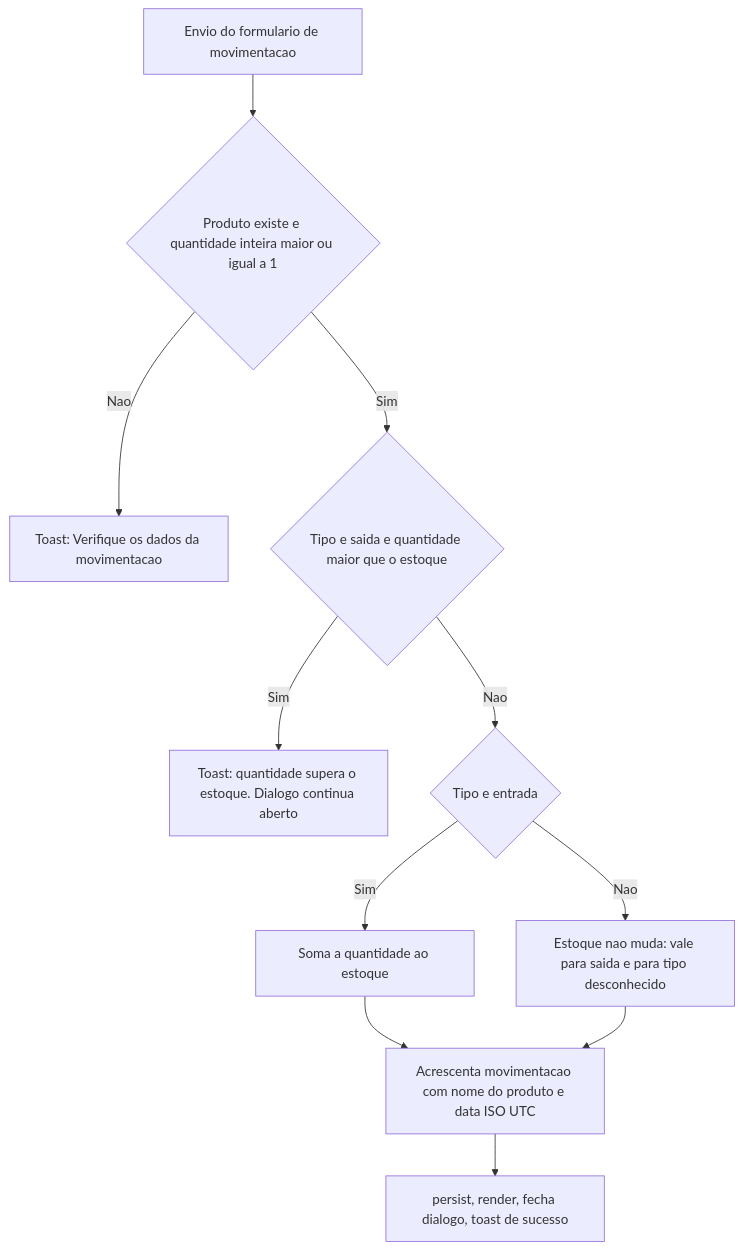
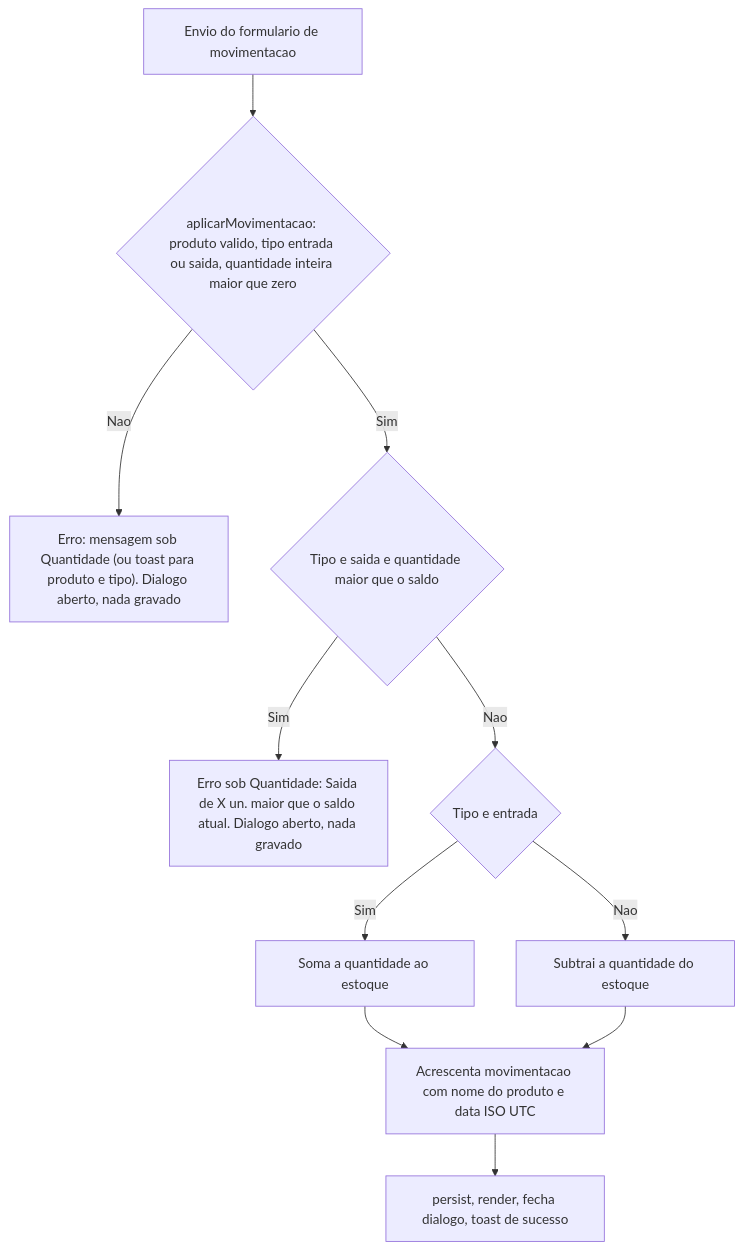
The first of 2 diagrams in docs/codigo/regras-de-negocio.md (Ks7dev/StockLab---Upgrade), drawn with Mermaid before and after one commit. The commit also changed other lines of this file and 5 other files, not shown here.

````diff
--- a/docs/codigo/regras-de-negocio.md
+++ b/docs/codigo/regras-de-negocio.md
@@ -237,13 +240,13 @@
 ```mermaid
 flowchart TD
-    A["Envio do formulario de movimentacao"] --> B{"Produto existe e quantidade inteira maior ou igual a 1"}
-    B -->|"Nao"| E1["Toast: Verifique os dados da movimentacao"]
-    B -->|"Sim"| C{"Tipo e saida e quantidade maior que o estoque"}
-    C -->|"Sim"| E2["Toast: quantidade supera o estoque. Dialogo continua aberto"]
+    A["Envio do formulario de movimentacao"] --> B{"aplicarMovimentacao: produto valido, tipo entrada ou saida, quantidade inteira maior que zero"}
+    B -->|"Nao"| E1["Erro: mensagem sob Quantidade (ou toast para produto e tipo). Dialogo aberto, nada gravado"]
+    B -->|"Sim"| C{"Tipo e saida e quantidade maior que o saldo"}
+    C -->|"Sim"| E2["Erro sob Quantidade: Saida de X un. maior que o saldo atual. Dialogo aberto, nada gravado"]
     C -->|"Nao"| D{"Tipo e entrada"}
     D -->|"Sim"| F["Soma a quantidade ao estoque"]
-    D -->|"Nao"| G["Estoque nao muda: vale para saida e para tipo desconhecido"]
+    D -->|"Nao"| G["Subtrai a quantidade do estoque"]
     F --> H["Acrescenta movimentacao com nome do produto e data ISO UTC"]
     G --> H
     H --> I["persist, render, fecha dialogo, toast de sucesso"]
 ```
````
